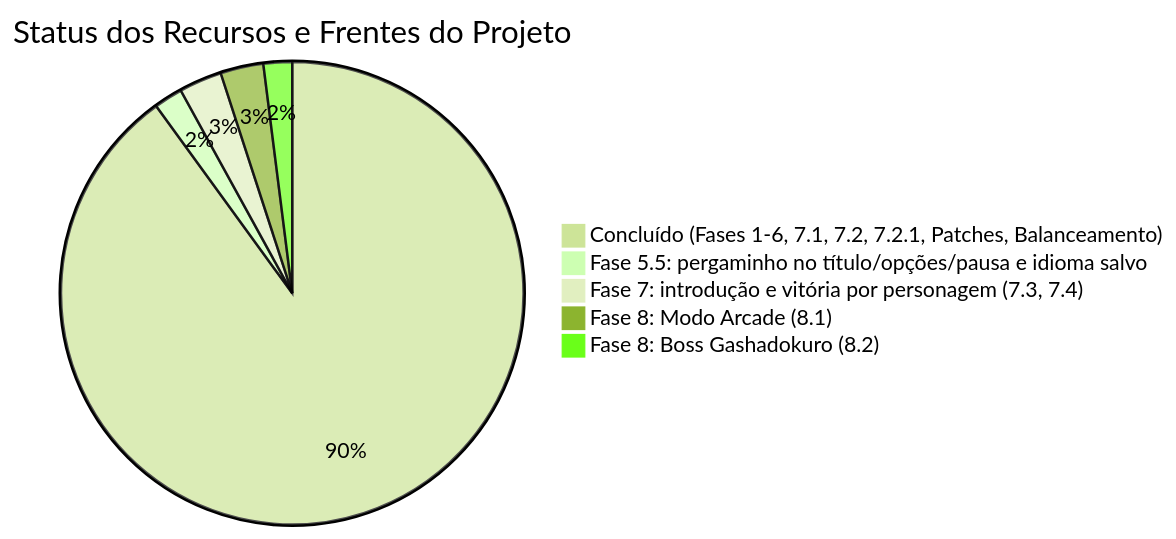
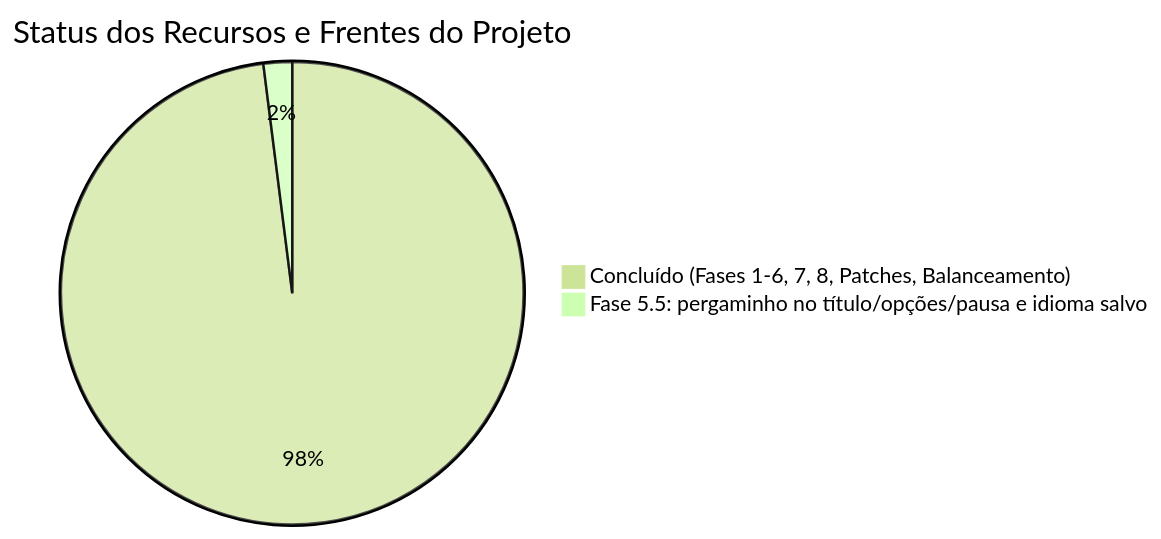
Before and after one commit to colletes/samurai-edge-demake: the diagram in ROADMAP.md, drawn with Mermaid (forest theme). The commit also changed other lines of this file and 31 other files, not shown here.

Commit message:
feat: Arcade mode, Oni Gashadokuro boss, demo edition and v1.5.0 release

````diff
--- a/ROADMAP.md
+++ b/ROADMAP.md
@@ -11,8 +11,5 @@
 ```mermaid
 pie title Status dos Recursos e Frentes do Projeto
-    "Concluído (Fases 1-6, 7.1, 7.2, 7.2.1, Patches, Balanceamento)" : 90
+    "Concluído (Fases 1-6, 7, 8, Patches, Balanceamento)" : 98
     "Fase 5.5: pergaminho no título/opções/pausa e idioma salvo" : 2
-    "Fase 7: introdução e vitória por personagem (7.3, 7.4)" : 3
-    "Fase 8: Modo Arcade (8.1)" : 3
-    "Fase 8: Boss Gashadokuro (8.2)" : 2
 ```
````
